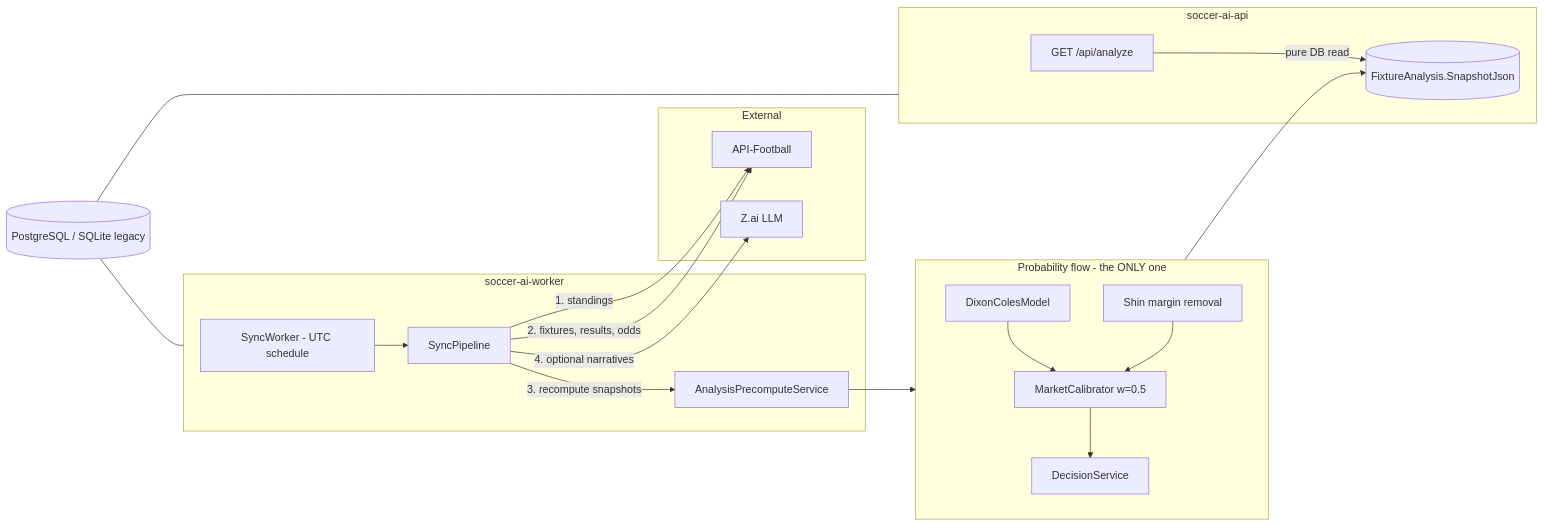
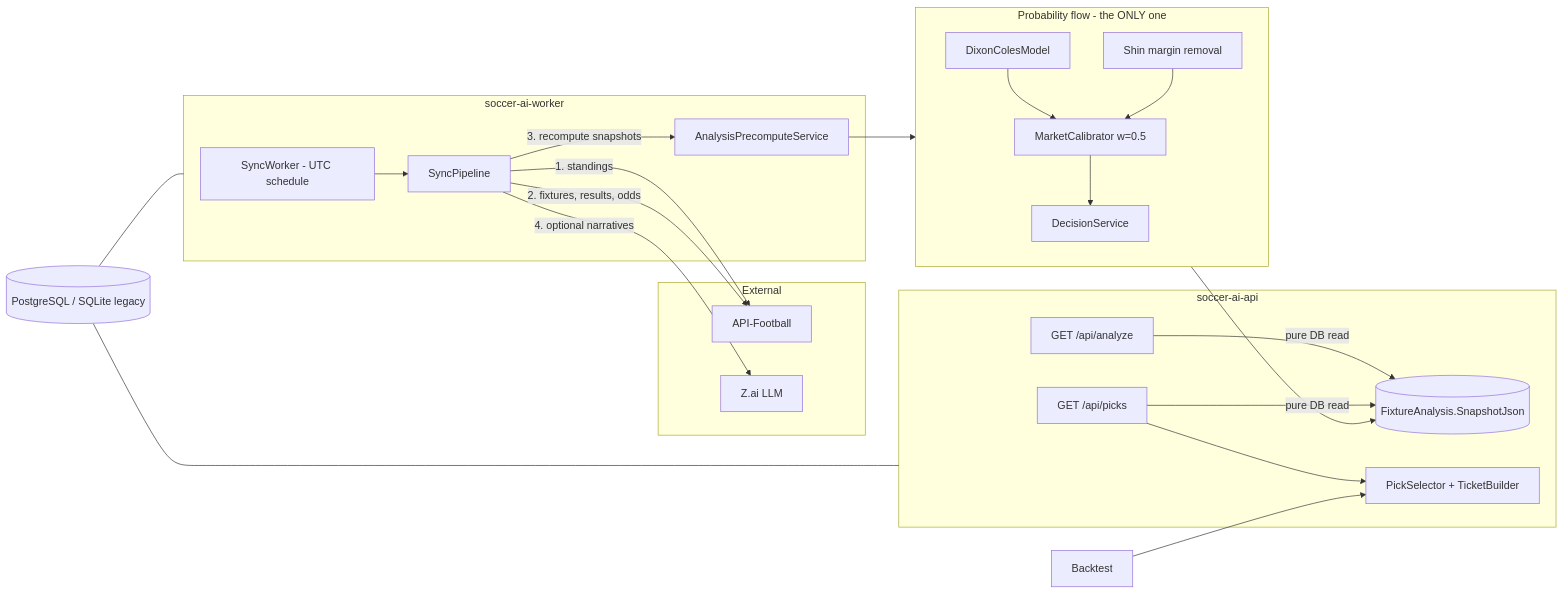
One commit to appoint20/soccer-ai-api changed the diagram in README.md. Above: the diagram before and after it, drawn with Mermaid. The commit also changed 20 other files, not shown here.

````diff
--- a/README.md
+++ b/README.md
@@ -10,31 +10,35 @@
 ```mermaid
 flowchart LR
     subgraph external [External]
         AF[API-Football]
         LLM[Z.ai LLM]
     end
 
     subgraph worker [soccer-ai-worker]
         SW[SyncWorker - UTC schedule] --> SP[SyncPipeline]
         SP -->|1. standings| AF
         SP -->|2. fixtures, results, odds| AF
         SP -->|3. recompute snapshots| PRE[AnalysisPrecomputeService]
         SP -->|4. optional narratives| LLM
     end
 
     subgraph core [Probability flow - the ONLY one]
         DC[DixonColesModel] --> CAL[MarketCalibrator w=0.5]
         SHIN[Shin margin removal] --> CAL
         CAL --> DEC[DecisionService]
     end
 
     PRE --> core
     core --> SNAP[(FixtureAnalysis.SnapshotJson)]
 
     subgraph api [soccer-ai-api]
         GET[GET /api/analyze] -->|pure DB read| SNAP
+        PICKS[GET /api/picks] -->|pure DB read| SNAP
+        PICKS --> SEL[PickSelector + TicketBuilder]
     end
+
+    BT[Backtest] --> SEL
 
     DB[(PostgreSQL / SQLite legacy)] --- worker
     DB --- api
 ```
````
